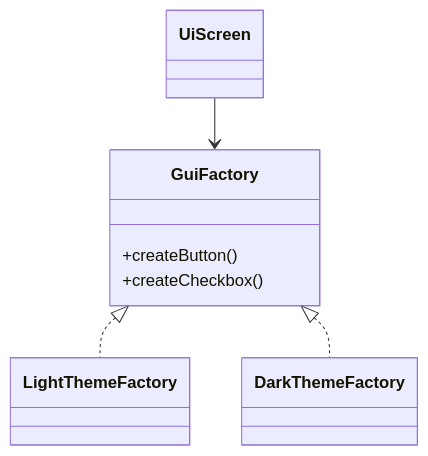
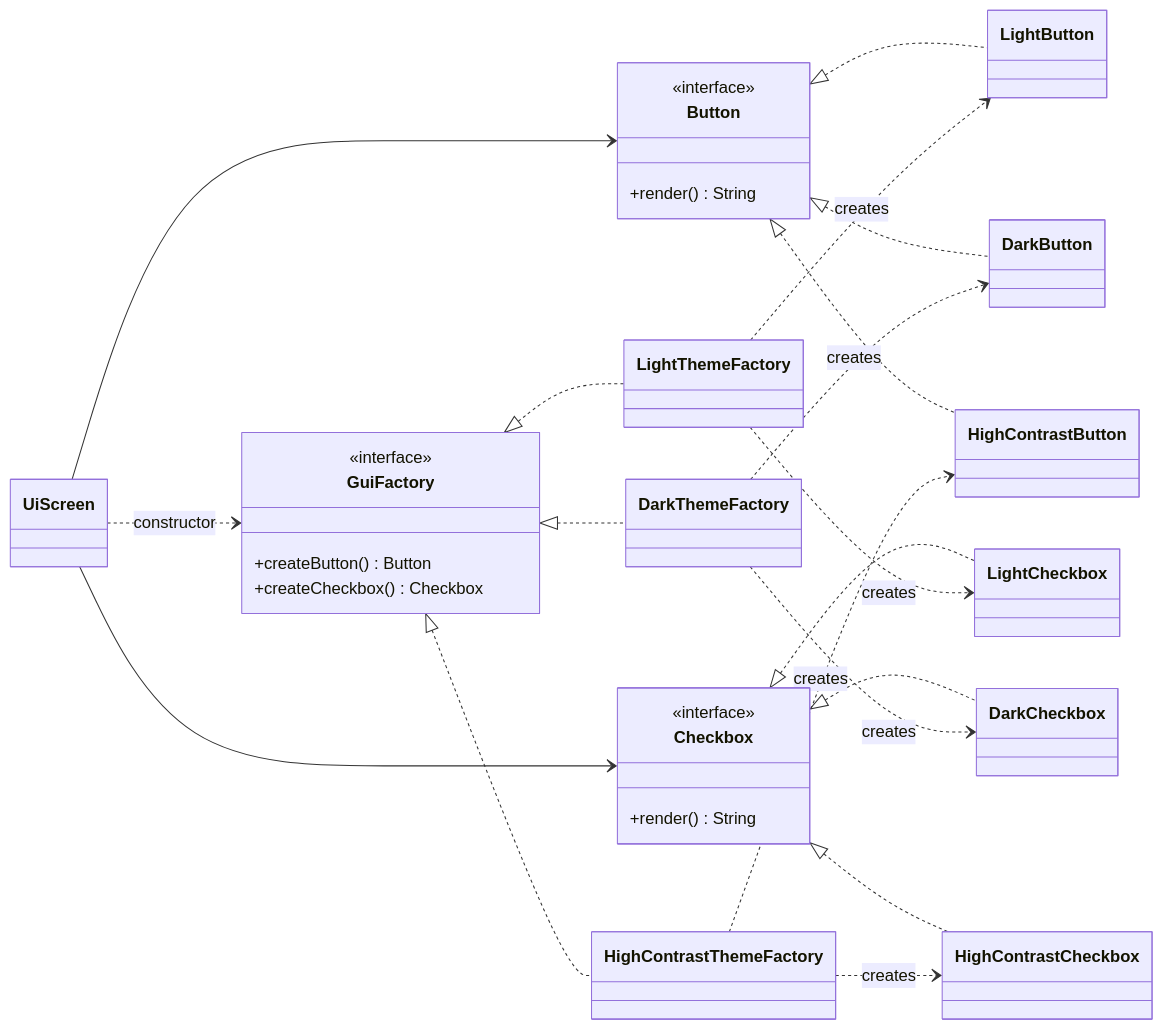
Before and after one commit to TunahanCan/design_pattern: the fifth of 46 diagrams in BOOK.md, drawn with Mermaid. The commit also changed other lines of this file and 171 other files, not shown here.

````diff
--- a/BOOK.md
+++ b/BOOK.md
@@ -155,14 +965,35 @@
 ```mermaid
 classDiagram
+    direction LR
     class GuiFactory {
-      +createButton()
-      +createCheckbox()
+        <<interface>>
+        +createButton() Button
+        +createCheckbox() Checkbox
     }
-    class LightThemeFactory
-    class DarkThemeFactory
-    class UiScreen
-
+    class Button {
+        <<interface>>
+        +render() String
+    }
+    class Checkbox {
+        <<interface>>
+        +render() String
+    }
     GuiFactory <|.. LightThemeFactory
     GuiFactory <|.. DarkThemeFactory
-    UiScreen --> GuiFactory
+    GuiFactory <|.. HighContrastThemeFactory
+    Button <|.. LightButton
+    Button <|.. DarkButton
+    Button <|.. HighContrastButton
+    Checkbox <|.. LightCheckbox
+    Checkbox <|.. DarkCheckbox
+    Checkbox <|.. HighContrastCheckbox
+    LightThemeFactory ..> LightButton : creates
+    LightThemeFactory ..> LightCheckbox : creates
+    DarkThemeFactory ..> DarkButton : creates
+    DarkThemeFactory ..> DarkCheckbox : creates
+    HighContrastThemeFactory ..> HighContrastButton : creates
+    HighContrastThemeFactory ..> HighContrastCheckbox : creates
+    UiScreen --> Button
+    UiScreen --> Checkbox
+    UiScreen ..> GuiFactory : constructor
 ```
````
